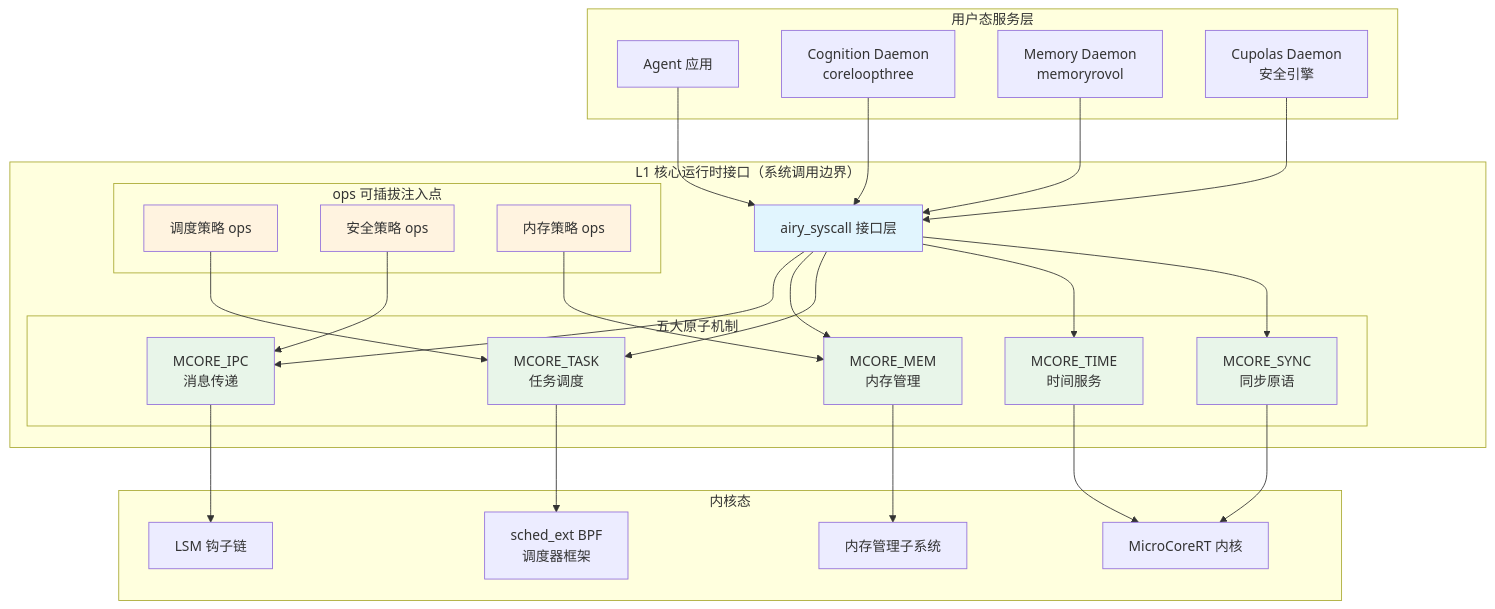
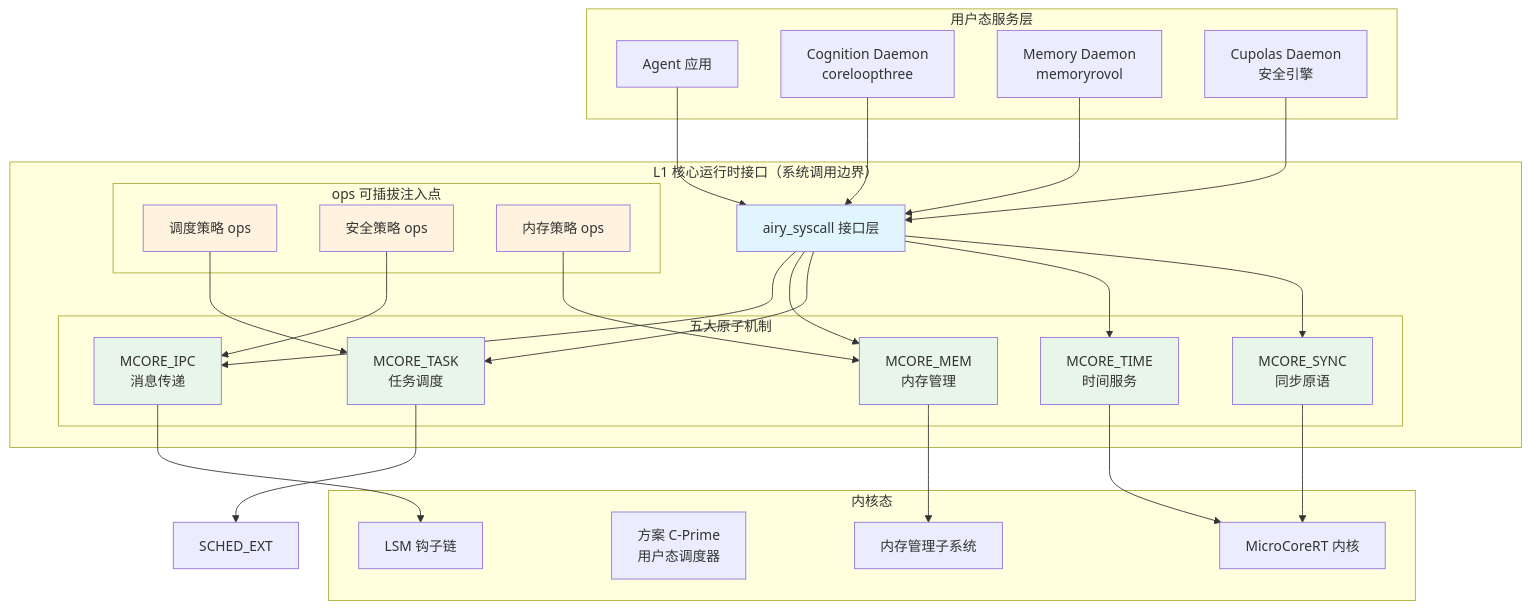
The first of 6 diagrams in AirymaxOS/50-engineering-standards/30-runtime-interfaces/runtime_interfaces.md (openairymax/docs), drawn with Mermaid before and after one commit. The commit also changed other lines of this file and 115 other files, not shown here.

````diff
--- a/AirymaxOS/50-engineering-standards/30-runtime-interfaces/runtime_interfaces.md
+++ b/AirymaxOS/50-engineering-standards/30-runtime-interfaces/runtime_interfaces.md
@@ -74,65 +74,65 @@
 ```mermaid
 graph TB
     subgraph "用户态服务层"
         US1["Agent 应用"]
         US2["Cognition Daemon<br/>coreloopthree"]
         US3["Memory Daemon<br/>memoryrovol"]
         US4["Cupolas Daemon<br/>安全引擎"]
     end
     
     subgraph "L1 核心运行时接口（系统调用边界）"
         SYSCALL["airy_syscall 接口层"]
         
         subgraph "五大原子机制"
             IPC["MCORE_IPC<br/>消息传递"]
             MEM["MCORE_MEM<br/>内存管理"]
             TASK["MCORE_TASK<br/>任务调度"]
             TIME["MCORE_TIME<br/>时间服务"]
             SYNC["MCORE_SYNC<br/>同步原语"]
         end
         
         subgraph "ops 可插拔注入点"
             SCHED_OPS["调度策略 ops"]
             SEC_OPS["安全策略 ops"]
             MEM_OPS["内存策略 ops"]
         end
     end
     
     subgraph "内核态"
         KERNEL["MicroCoreRT 内核"]
-        SCHED_EXT["sched_ext BPF<br/>调度器框架"]
+        USER_SCHED["方案 C-Prime<br/>用户态调度器"]
         LSM["LSM 钩子链"]
         MM["内存管理子系统"]
     end
     
     US1 --> SYSCALL
     US2 --> SYSCALL
     US3 --> SYSCALL
     US4 --> SYSCALL
     
     SYSCALL --> IPC
     SYSCALL --> MEM
     SYSCALL --> TASK
     SYSCALL --> TIME
     SYSCALL --> SYNC
     
     SCHED_OPS --> TASK
     SEC_OPS --> IPC
     MEM_OPS --> MEM
     
     TASK --> SCHED_EXT
     IPC --> LSM
     MEM --> MM
     TIME --> KERNEL
     SYNC --> KERNEL
     
     style SYSCALL fill:#e1f5fe
     style IPC fill:#e8f5e9
     style MEM fill:#e8f5e9
     style TASK fill:#e8f5e9
     style TIME fill:#e8f5e9
     style SYNC fill:#e8f5e9
     style SCHED_OPS fill:#fff3e0
     style SEC_OPS fill:#fff3e0
     style MEM_OPS fill:#fff3e0
 ```
````
